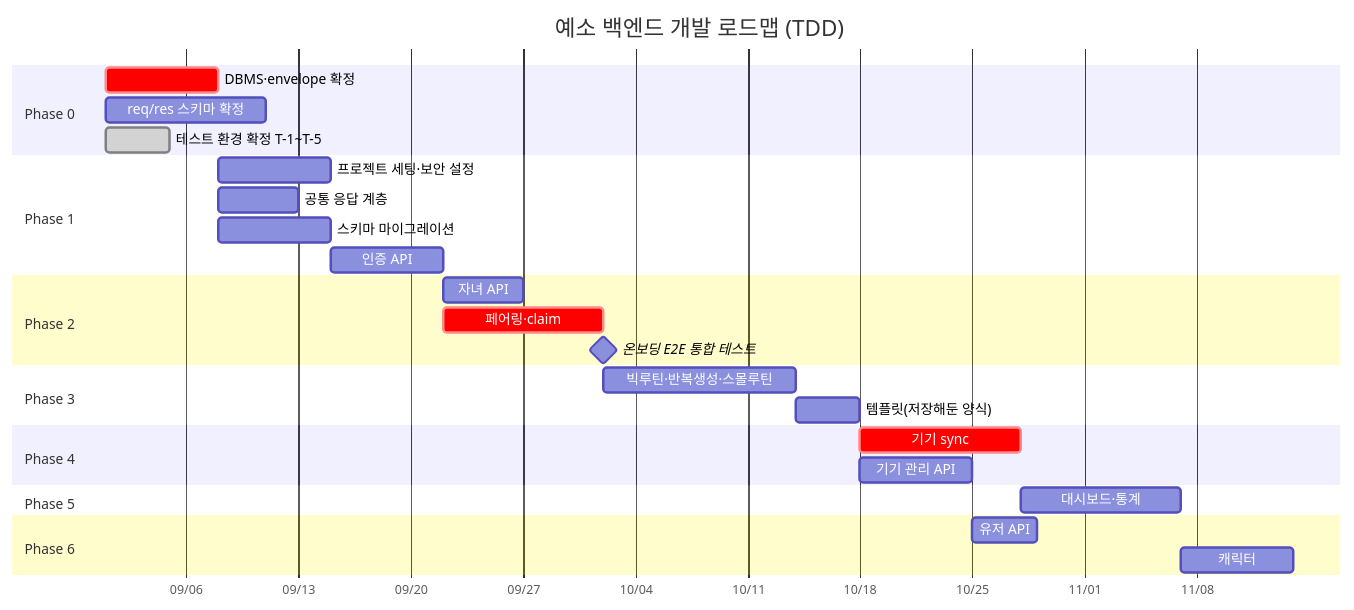
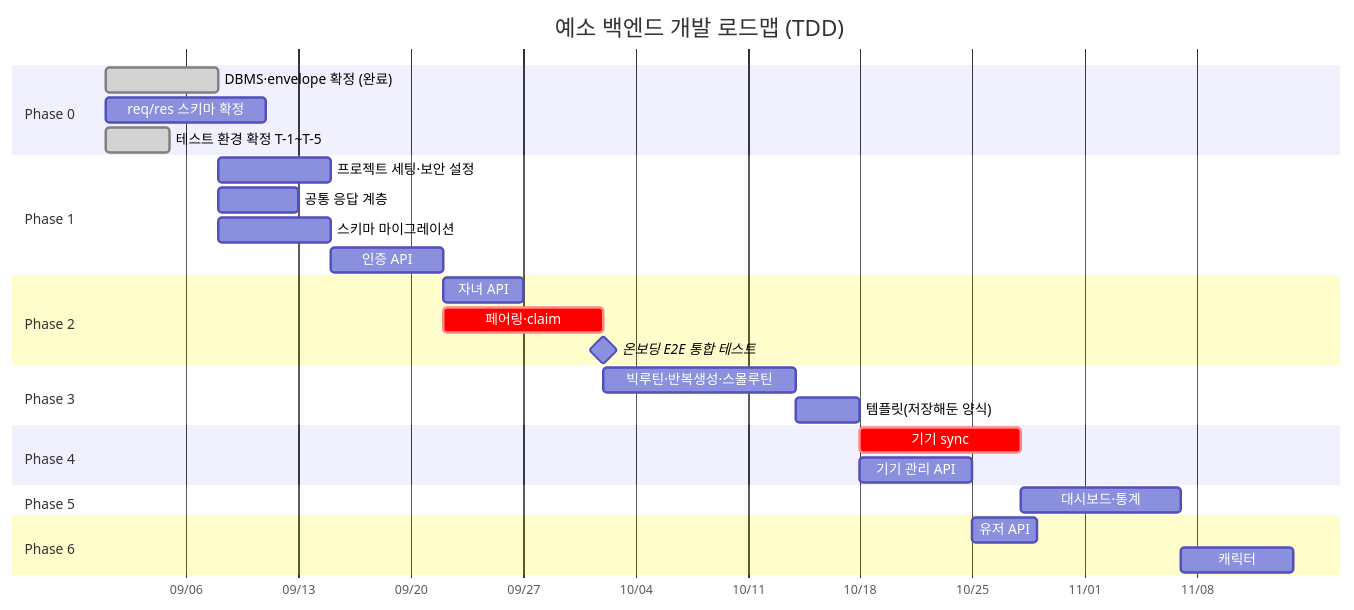
The diagram in docs/ROADMAP.md (najunho04/2026-khu-artistic-software), drawn with Mermaid before and after one commit. The commit also changed other lines of this file and 5 other files, not shown here.

````diff
--- a/docs/ROADMAP.md
+++ b/docs/ROADMAP.md
@@ -746,37 +747,37 @@
 ```mermaid
 gantt
     title 예소 백엔드 개발 로드맵 (TDD)
     dateFormat YYYY-MM-DD
     axisFormat %m/%d
 
     section Phase 0
-    DBMS·envelope 확정          :crit, p0, 2026-09-01, 7d
+    DBMS·envelope 확정 (완료)   :done, p0, 2026-09-01, 7d
     req/res 스키마 확정          :p0b, 2026-09-01, 10d
     테스트 환경 확정 T-1~T-5     :done, p0c, 2026-09-01, 4d
 
     section Phase 1
     프로젝트 세팅·보안 설정      :p1a, after p0, 7d
     공통 응답 계층               :p1d, after p0, 5d
     스키마 마이그레이션          :p1b, after p0, 7d
     인증 API                    :p1c, after p1a, 7d
 
     section Phase 2
     자녀 API                    :p2a, after p1c, 5d
     페어링·claim                :crit, p2b, after p1c, 10d
     온보딩 E2E 통합 테스트       :milestone, after p2b, 0d
 
     section Phase 3
     빅루틴·반복생성·스몰루틴    :p3a, after p2b, 12d
     템플릿(저장해둔 양식)        :p3b, after p3a, 4d
 
     section Phase 4
     기기 sync                   :crit, p4a, after p3b, 10d
     기기 관리 API               :p4b, after p3b, 7d
 
     section Phase 5
     대시보드·통계               :p5, after p4a, 10d
 
     section Phase 6
     유저 API                    :p6a, after p4b, 4d
     캐릭터                      :p6b, after p5, 7d
 ```
````
